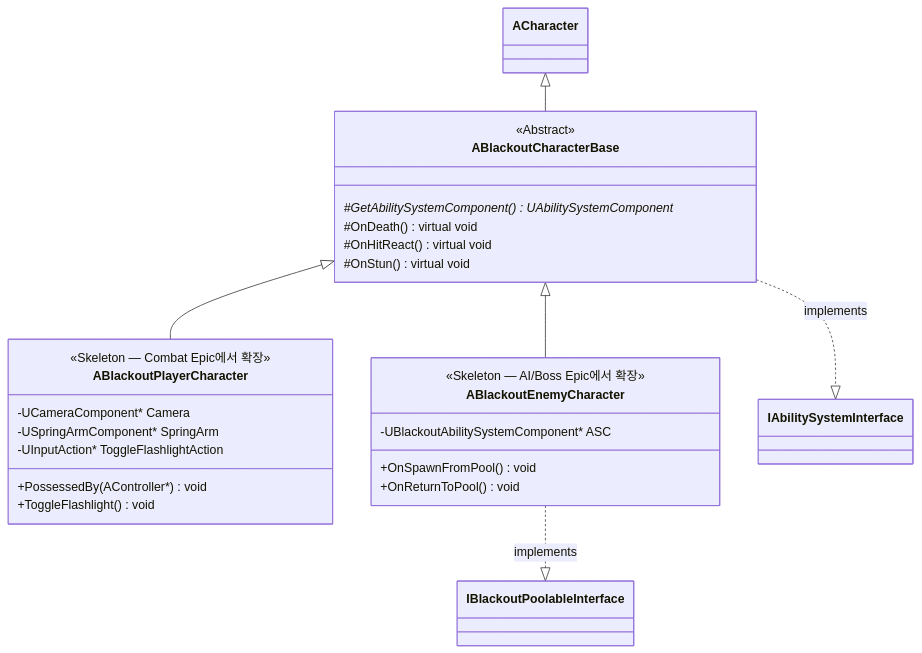
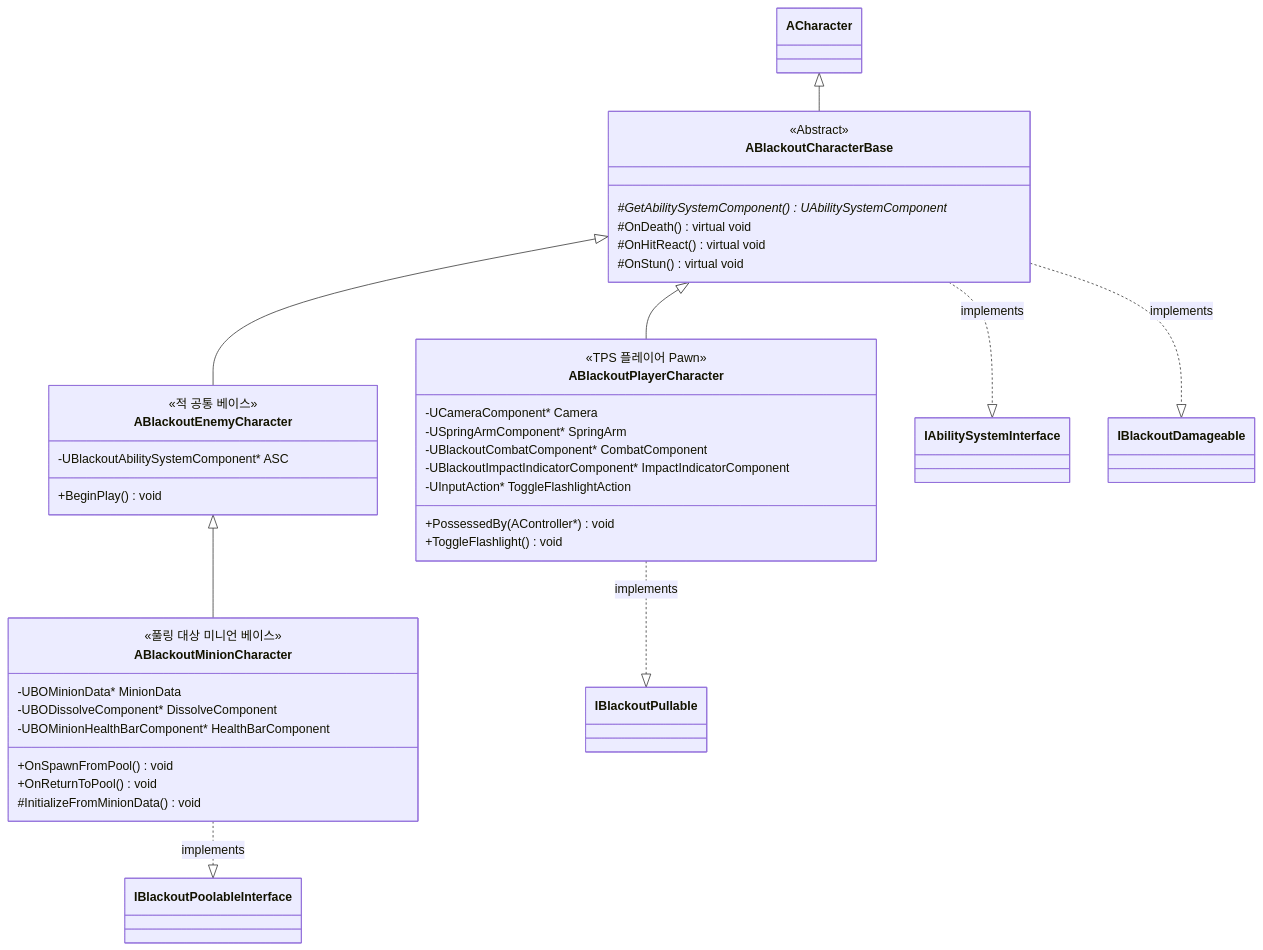
Before and after one commit to seongwon1579/ProjectBlackout: the diagram in Docs/Foundation/02_Character_Hierarchy.md, drawn with Mermaid. The commit also changed other lines of this file and 24 other files, not shown here.

Commit message:
Docs: 클래스 다이어그램 최신화

````diff
--- a/Docs/Foundation/02_Character_Hierarchy.md
+++ b/Docs/Foundation/02_Character_Hierarchy.md
@@ -5,35 +5,49 @@
 ```mermaid
 classDiagram
     direction TB
 
     ACharacter <|-- ABlackoutCharacterBase
     ABlackoutCharacterBase <|-- ABlackoutPlayerCharacter
     ABlackoutCharacterBase <|-- ABlackoutEnemyCharacter
+    ABlackoutEnemyCharacter <|-- ABlackoutMinionCharacter
 
     ABlackoutCharacterBase ..|> IAbilitySystemInterface : implements
-    ABlackoutEnemyCharacter ..|> IBlackoutPoolableInterface : implements
+    ABlackoutCharacterBase ..|> IBlackoutDamageable : implements
+    ABlackoutPlayerCharacter ..|> IBlackoutPullable : implements
+    ABlackoutMinionCharacter ..|> IBlackoutPoolableInterface : implements
 
     class ABlackoutCharacterBase {
         <<Abstract>>
         #GetAbilitySystemComponent() UAbilitySystemComponent*
         #OnDeath() virtual void
         #OnHitReact() virtual void
         #OnStun() virtual void
     }
 
     class ABlackoutPlayerCharacter {
-        <<Skeleton — Combat Epic에서 확장>>
+        <<TPS 플레이어 Pawn>>
         -UCameraComponent* Camera
         -USpringArmComponent* SpringArm
+        -UBlackoutCombatComponent* CombatComponent
+        -UBlackoutImpactIndicatorComponent* ImpactIndicatorComponent
         -UInputAction* ToggleFlashlightAction
         +PossessedBy(AController*) void
         +ToggleFlashlight() void
     }
 
     class ABlackoutEnemyCharacter {
-        <<Skeleton — AI/Boss Epic에서 확장>>
+        <<적 공통 베이스>>
         -UBlackoutAbilitySystemComponent* ASC
+        +BeginPlay() void
+    }
+
+    class ABlackoutMinionCharacter {
+        <<풀링 대상 미니언 베이스>>
+        -UBOMinionData* MinionData
+        -UBODissolveComponent* DissolveComponent
+        -UBOMinionHealthBarComponent* HealthBarComponent
         +OnSpawnFromPool() void
         +OnReturnToPool() void
+        #InitializeFromMinionData() void
     }
 ```
````
